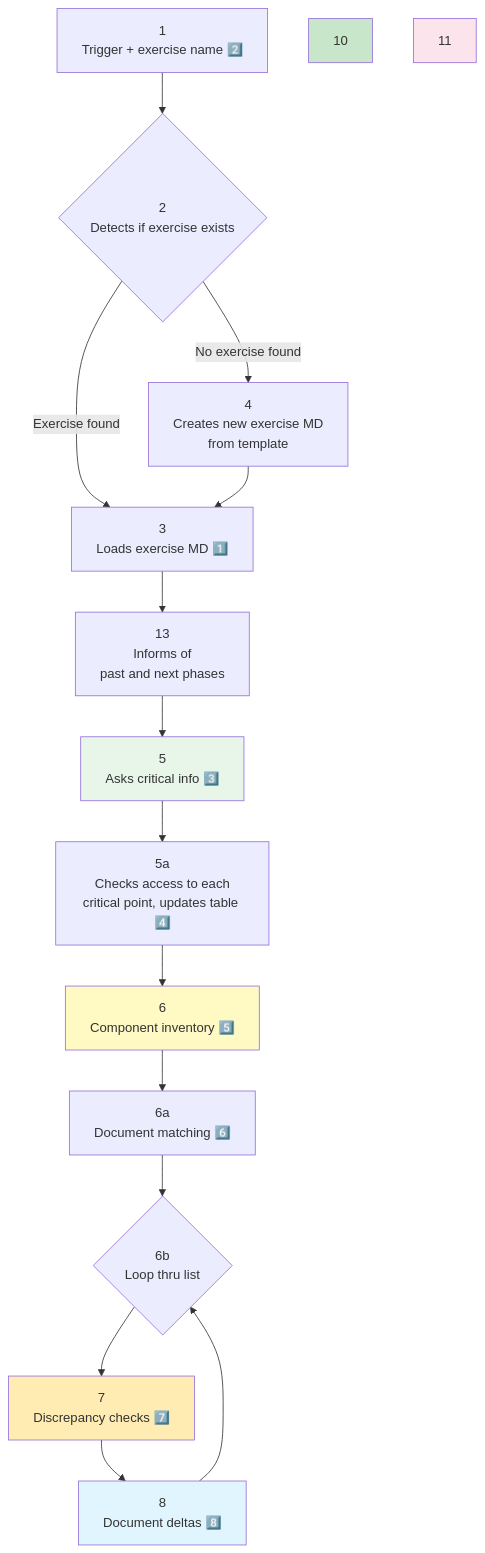
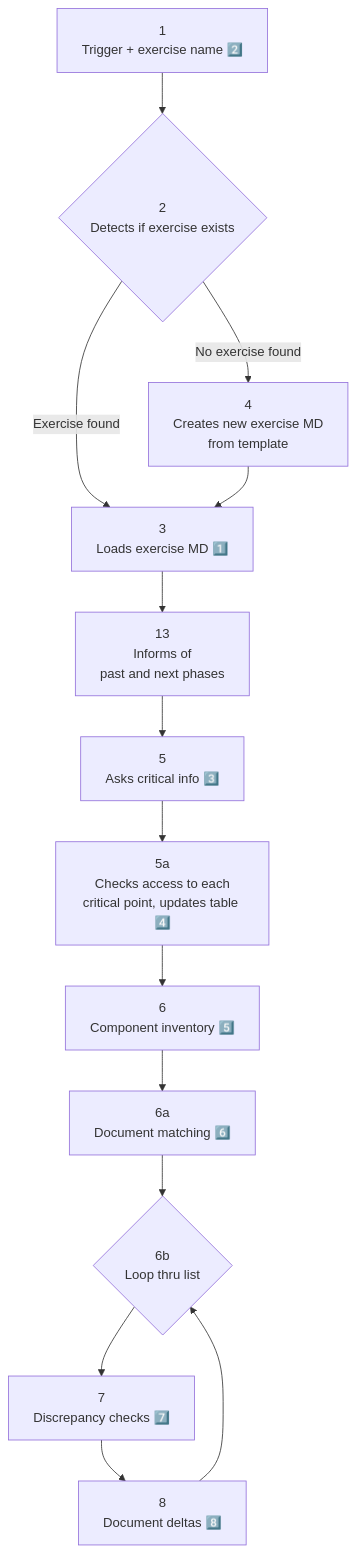
The diagram in design-discrepancy/SKILL.md (nonlinear/skills), drawn with Mermaid before and after one commit.

Commit message:
Before renaming node 8

````diff
--- a/design-discrepancy/SKILL.md
+++ b/design-discrepancy/SKILL.md
@@ -24,38 +24,31 @@
 ```mermaid
 flowchart TD
     1["1<br/>Trigger + exercise name 2️⃣"]
     2{"2<br/>Detects if exercise exists"}
     3["3<br/>Loads exercise MD 1️⃣"]
     4["4<br/>Creates new exercise MD<br/>from template"]
     5["5<br/>Asks critical info 3️⃣"]
     5a["5a<br/>Checks access to each<br/>critical point, updates table 4️⃣"]
     6["6<br/>Component inventory 5️⃣"]
     6a["6a<br/>Document matching 6️⃣"]
     6b{"6b<br/>Loop thru list"}
     7["7<br/>Discrepancy checks 7️⃣"]
     8["8<br/>Document deltas 8️⃣"]
     13["13<br/>Informs of<br/>past and next phases"]
     
     1 --> 2
     2 -->|No exercise found| 4
     2 -->|Exercise found| 3
     
     4 --> 3
     3 --> 13
     13 --> 5
     
     5 --> 5a
     5a --> 6
     6 --> 6a
     6a --> 6b
     6b --> 7
     7 --> 8
     8 --> 6b
-    
-    style 5 fill:#E8F5E9
-    style 6 fill:#FFF9C4
-    style 7 fill:#FFECB3
-    style 8 fill:#E1F5FE
-    style 11 fill:#FCE4EC
-    style 10 fill:#C8E6C9
 ```
````
